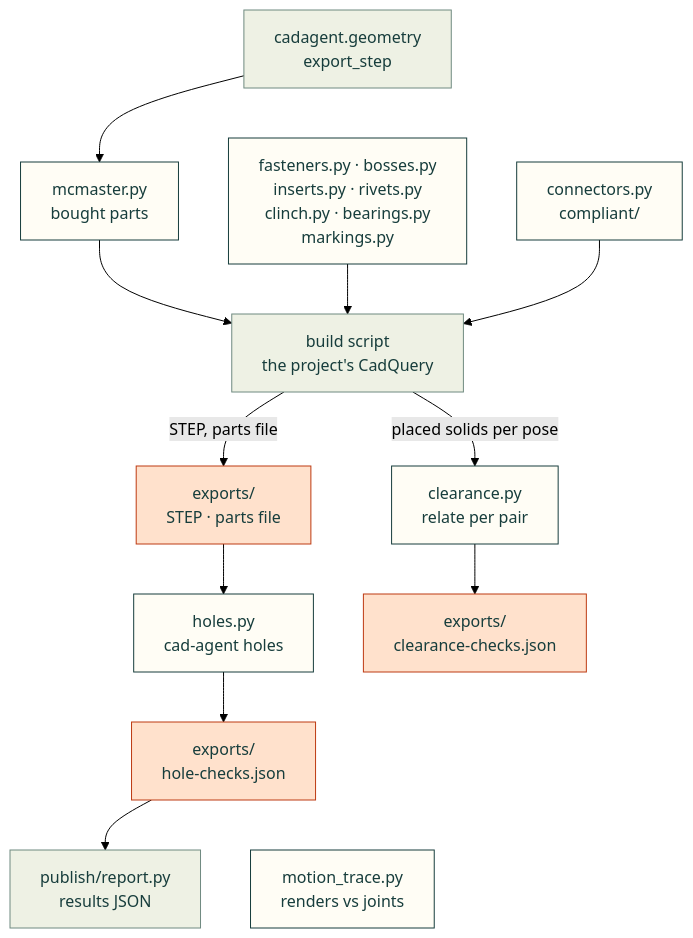
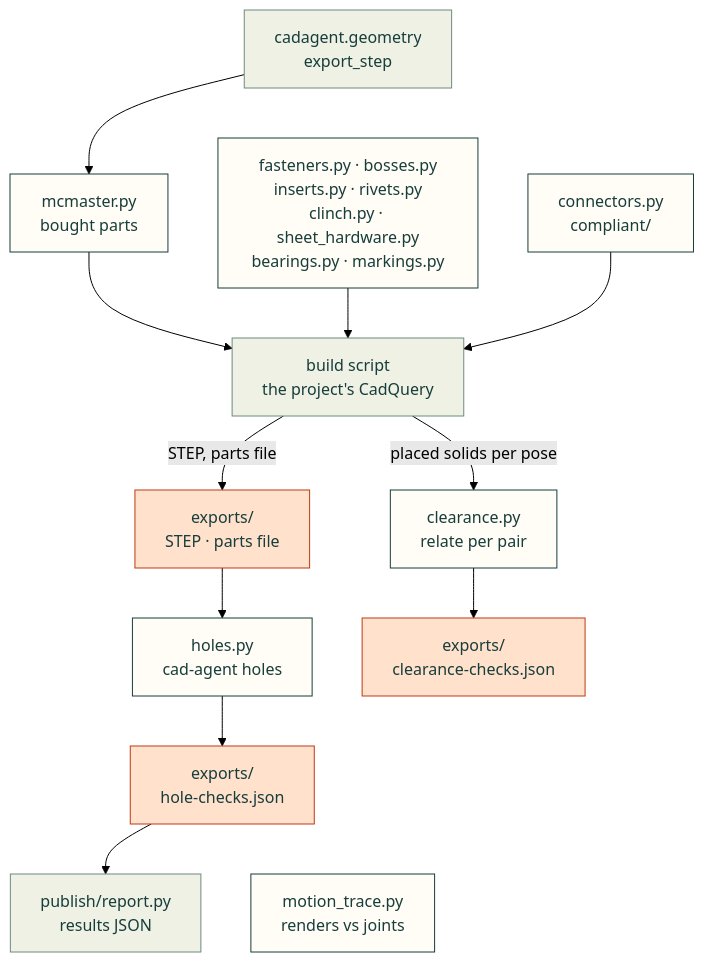
Before and after one commit to Valpatel/cad-agent: the diagram in src/cadagent/mechanical/README.md, drawn with Mermaid (forest theme). The commit also changed other lines of this file and 10 other files, not shown here.

Commit message:
Sheet hardware: the sheet-metal-hardware skill, docs/sheet-metal-hardware.md with the price chart, areas and READMEs (#283)

````diff
--- a/src/cadagent/mechanical/README.md
+++ b/src/cadagent/mechanical/README.md
@@ -14,20 +14,20 @@
 ```mermaid
 flowchart TD
     G["cadagent.geometry<br/>export_step"] --> MC["mcmaster.py<br/>bought parts"]
-    G ~~~ FK["fasteners.py · bosses.py<br/>inserts.py · rivets.py<br/>clinch.py · bearings.py<br/>markings.py"]
+    G ~~~ FK["fasteners.py · bosses.py<br/>inserts.py · rivets.py<br/>clinch.py · sheet_hardware.py<br/>bearings.py · markings.py"]
     G ~~~ CC["connectors.py<br/>compliant/"]
     MC & FK & CC --> B["build script<br/>the project's CadQuery"]
     B -->|"STEP, parts file"| X["exports/<br/>STEP · parts file"]
     X --> H["holes.py<br/>cad-agent holes"]
     H --> HJ["exports/<br/>hole-checks.json"]
     HJ --> R["publish/report.py<br/>results JSON"]
     HJ ~~~ MT["motion_trace.py<br/>renders vs joints"]
     B -->|"placed solids per pose"| CL["clearance.py<br/>relate per pair"]
     CL --> CJ["exports/<br/>clearance-checks.json"]
     classDef here fill:#fffdf5,stroke:#173d3c,color:#173d3c
     classDef near fill:#eef1e4,stroke:#6f8a80,color:#173d3c
     classDef out fill:#ffe1cc,stroke:#bd3a12,color:#173d3c
     class MC,FK,CC,H,MT,CL here
     class G,B,R near
     class X,HJ,CJ out
 ```
````
